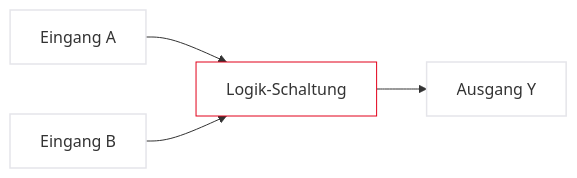
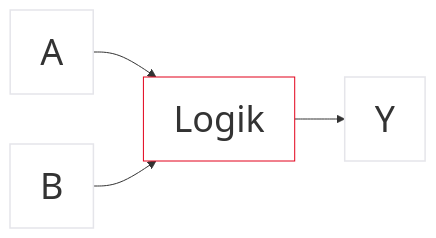
Diagram 14 of 38 in vorlesungen/01_kickoff.qmd (dantschi/mct1), drawn with Mermaid before and after one commit. The commit also changed other lines of this file and 6 other files, not shown here.

First line of the commit message:
Behebe Mermaid-Lesbarkeit und Folien-Overflow im Kickoff.

````diff
--- a/vorlesungen/01_kickoff.qmd
+++ b/vorlesungen/01_kickoff.qmd
@@ -696,10 +689,10 @@
 ```{mermaid}
+%%{init: {'themeVariables': {'fontSize': '36px', 'fontFamily': 'Inter, sans-serif'}}}%%
 graph LR
-  A[Eingang A] --> C[Logik-Schaltung]
-  B[Eingang B] --> C
-  C --> D[Ausgang Y]
+  A[A] --> C[Logik] --> Y[Y]
+  B[B] --> C
   style C fill:#FFFFFF,stroke:#E2001A,stroke-width:2px !important
   style A fill:#FFFFFF,stroke:#E5E5EA,stroke-width:1.5px
   style B fill:#FFFFFF,stroke:#E5E5EA,stroke-width:1.5px
-  style D fill:#FFFFFF,stroke:#E5E5EA,stroke-width:1.5px
+  style Y fill:#FFFFFF,stroke:#E5E5EA,stroke-width:1.5px
 ```
````
